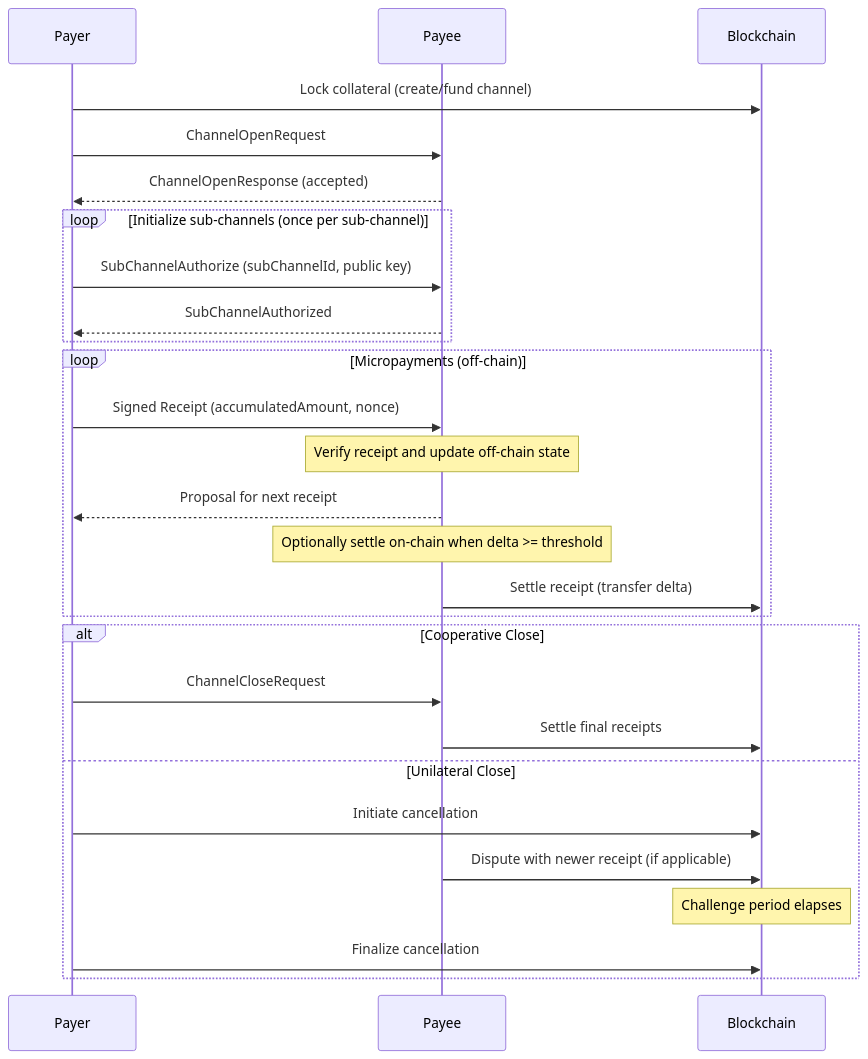
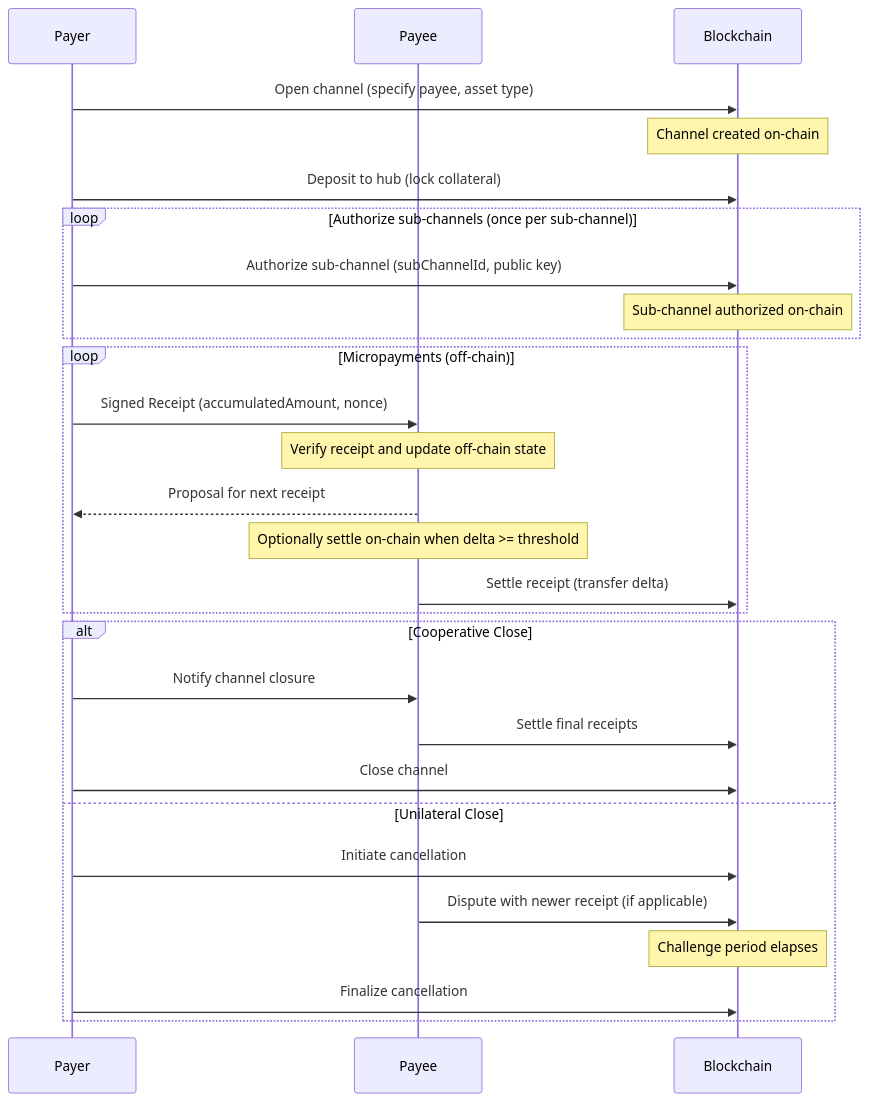
One commit to nuwa-protocol/NIPs changed the first of 2 diagrams in nips/nip-4.md. Above: the diagram before and after it, drawn with Mermaid. The commit also changed other lines of this file, not shown here.

````diff
--- a/nips/nip-4.md
+++ b/nips/nip-4.md
@@ -60,33 +66,34 @@
 ```mermaid
 sequenceDiagram
     participant Payer
     participant Payee
     participant Blockchain
 
-    Payer->>Blockchain: Lock collateral (create/fund channel)
-    Payer->>Payee: ChannelOpenRequest
-    Payee-->>Payer: ChannelOpenResponse (accepted)
+    Payer->>Blockchain: Open channel (specify payee, asset type)
+    Note over Blockchain: Channel created on-chain
+    Payer->>Blockchain: Deposit to hub (lock collateral)
 
-    loop Initialize sub-channels (once per sub-channel)
-        Payer->>Payee: SubChannelAuthorize (subChannelId, public key)
-        Payee-->>Payer: SubChannelAuthorized
+    loop Authorize sub-channels (once per sub-channel)
+        Payer->>Blockchain: Authorize sub-channel (subChannelId, public key)
+        Note over Blockchain: Sub-channel authorized on-chain
     end
 
     loop Micropayments (off-chain)
         Payer->>Payee: Signed Receipt (accumulatedAmount, nonce)
         Note over Payee: Verify receipt and update off-chain state
         Payee-->>Payer: Proposal for next receipt
         Note over Payee: Optionally settle on-chain when delta >= threshold
         Payee->>Blockchain: Settle receipt (transfer delta)
     end
 
     alt Cooperative Close
-        Payer->>Payee: ChannelCloseRequest
+        Payer->>Payee: Notify channel closure
         Payee->>Blockchain: Settle final receipts
+        Payer->>Blockchain: Close channel
     else Unilateral Close
         Payer->>Blockchain: Initiate cancellation
         Payee->>Blockchain: Dispute with newer receipt (if applicable)
         Note over Blockchain: Challenge period elapses
         Payer->>Blockchain: Finalize cancellation
     end
 ```
````
